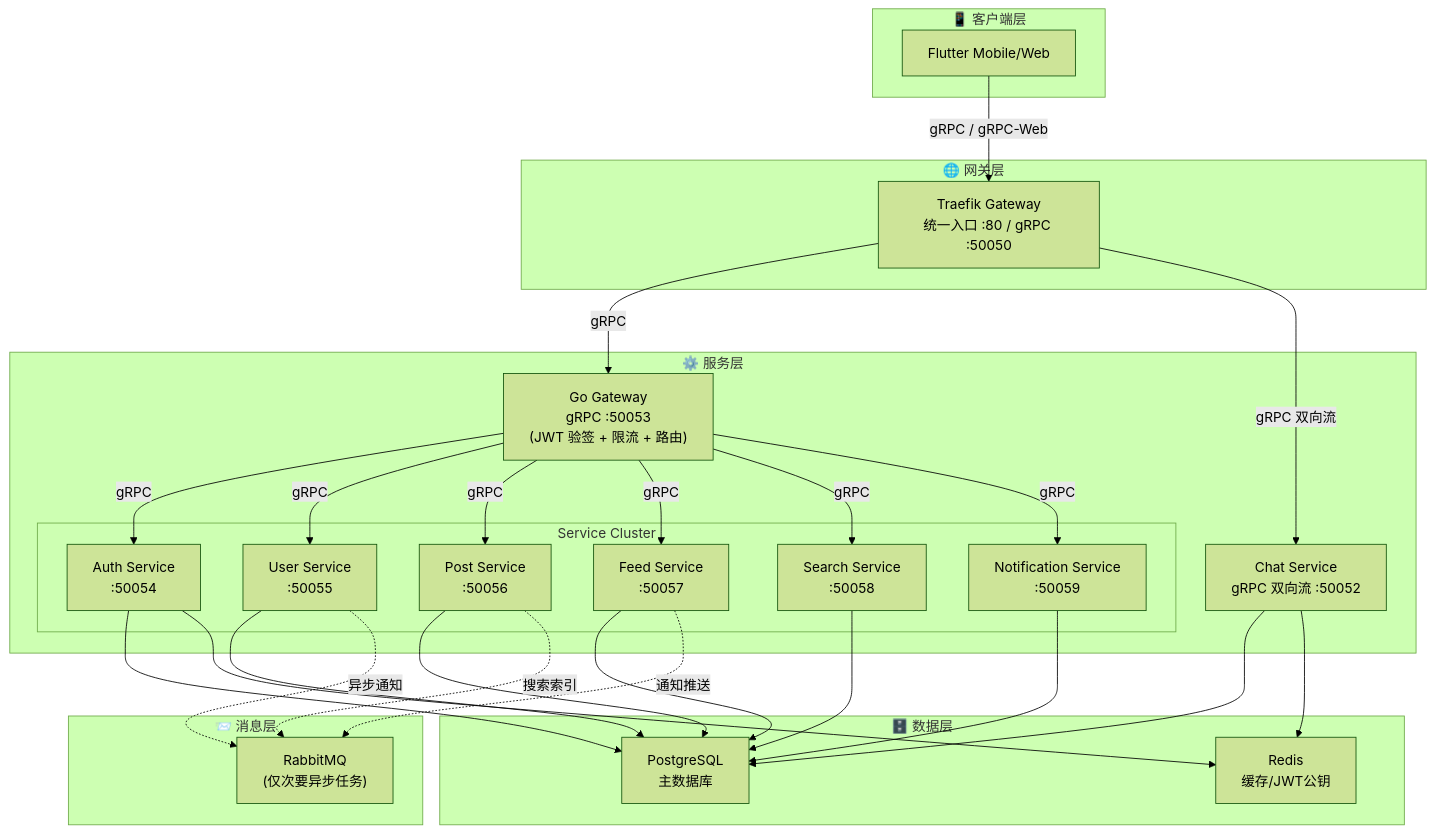
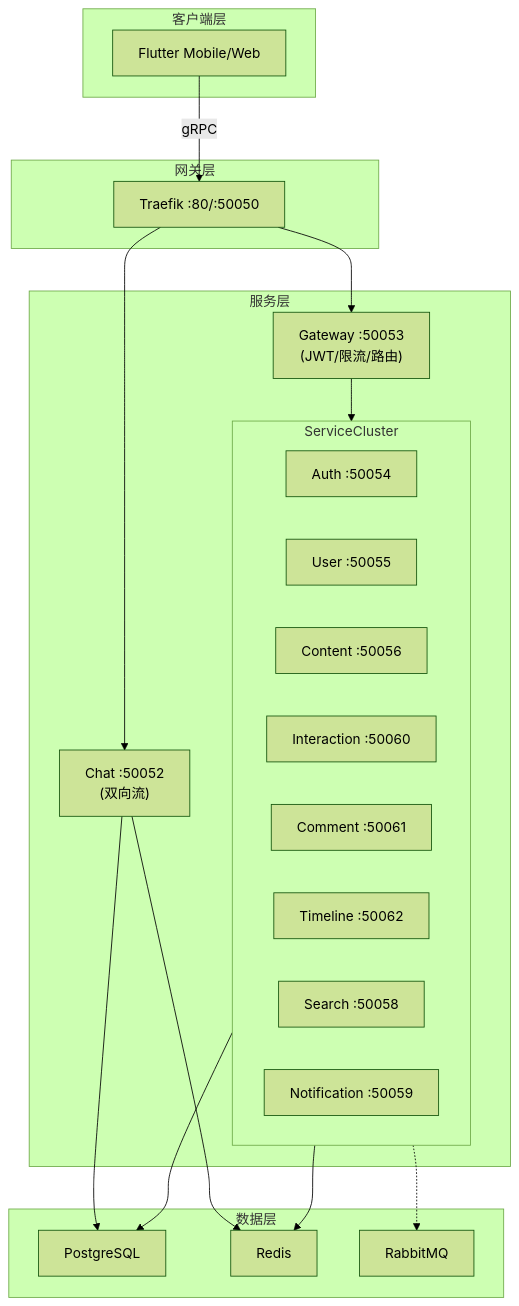
The diagram in .kiro/steering/structure.md (funcdfs/lesser), drawn with Mermaid (forest theme) before and after one commit. The commit also changed other lines of this file and 114 other files, not shown here.

````diff
--- a/.kiro/steering/structure.md
+++ b/.kiro/steering/structure.md
@@ -24,61 +9,43 @@
 ```mermaid
 graph TB
-    subgraph 客户端层["📱 客户端层"]
+    subgraph 客户端层
         Flutter["Flutter Mobile/Web"]
     end
 
-    subgraph 网关层["🌐 网关层"]
-        Traefik["Traefik Gateway<br/>统一入口 :80 / gRPC :50050"]
+    subgraph 网关层
+        Traefik["Traefik :80/:50050"]
     end
 
-    subgraph 服务层["⚙️ 服务层"]
-        Gateway["Go Gateway<br/>gRPC :50053<br/>(JWT 验签 + 限流 + 路由)"]
+    subgraph 服务层
+        Gateway["Gateway :50053<br/>(JWT/限流/路由)"]
         
-        subgraph ServiceCluster["Service Cluster"]
-            Auth["Auth Service<br/>:50054"]
-            User["User Service<br/>:50055"]
-            Post["Post Service<br/>:50056"]
-            Feed["Feed Service<br/>:50057"]
-            Search["Search Service<br/>:50058"]
-            Notification["Notification Service<br/>:50059"]
+        subgraph ServiceCluster
+            Auth["Auth :50054"]
+            User["User :50055"]
+            Content["Content :50056"]
+            Interaction["Interaction :50060"]
+            Comment["Comment :50061"]
+            Timeline["Timeline :50062"]
+            Search["Search :50058"]
+            Notification["Notification :50059"]
         end
         
-        Chat["Chat Service<br/>gRPC 双向流 :50052"]
+        Chat["Chat :50052<br/>(双向流)"]
     end
 
-    subgraph 消息层["📨 消息层"]
-        RabbitMQ["RabbitMQ<br/>(仅次要异步任务)"]
+    subgraph 数据层
+        Postgres["PostgreSQL"]
+        Redis["Redis"]
+        RabbitMQ["RabbitMQ"]
     end
 
-    subgraph 数据层["🗄️ 数据层"]
-        Postgres["PostgreSQL<br/>主数据库"]
-        Redis["Redis<br/>缓存/JWT公钥"]
-    end
-
-    Flutter -->|gRPC / gRPC-Web| Traefik
-    
-    Traefik -->|gRPC| Gateway
-    Traefik -->|gRPC 双向流| Chat
-    
-    Gateway -->|gRPC| Auth
-    Gateway -->|gRPC| User
-    Gateway -->|gRPC| Post
-    Gateway -->|gRPC| Feed
-    Gateway -->|gRPC| Search
-    Gateway -->|gRPC| Notification
-    
-    Auth --> Postgres
-    Auth --> Redis
-    User --> Postgres
-    Post --> Postgres
-    Feed --> Postgres
-    Search --> Postgres
-    Notification --> Postgres
-    
-    User -.->|异步通知| RabbitMQ
-    Post -.->|搜索索引| RabbitMQ
-    Feed -.->|通知推送| RabbitMQ
-    
+    Flutter -->|gRPC| Traefik
+    Traefik --> Gateway
+    Traefik --> Chat
+    Gateway --> ServiceCluster
+    ServiceCluster --> Postgres
+    ServiceCluster --> Redis
+    ServiceCluster -.-> RabbitMQ
     Chat --> Postgres
     Chat --> Redis
 ```
````
